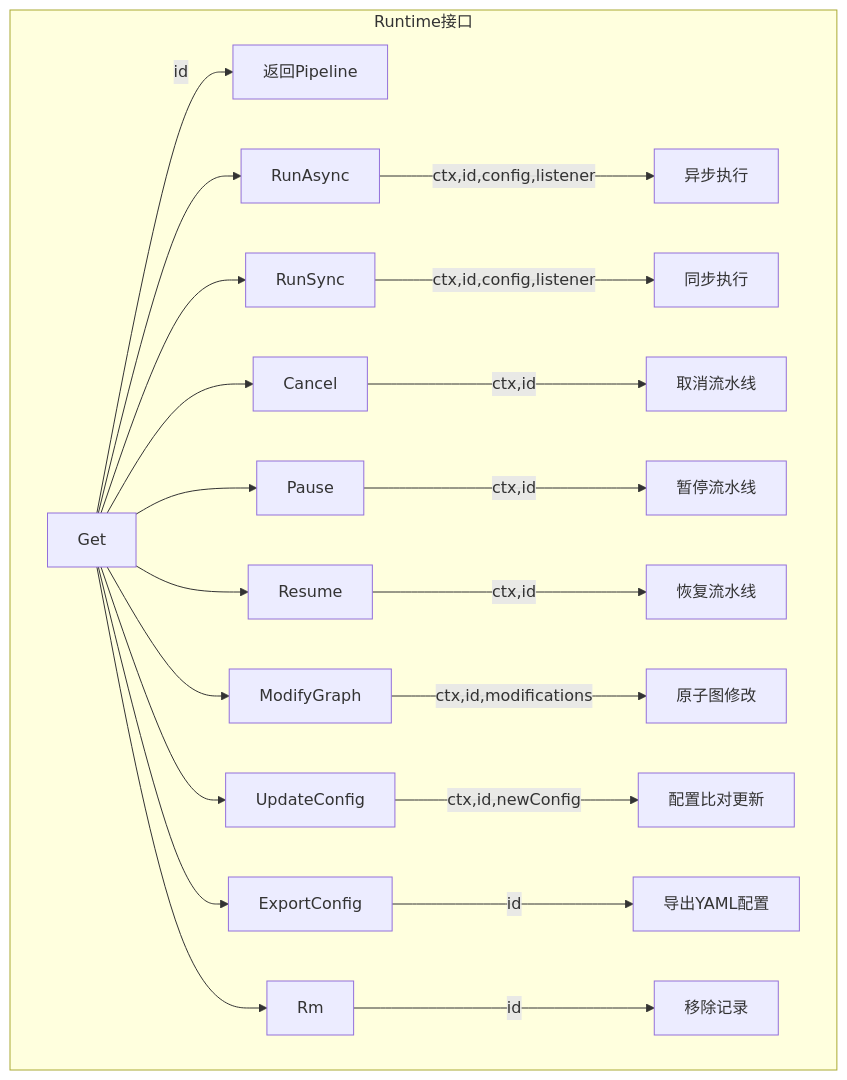
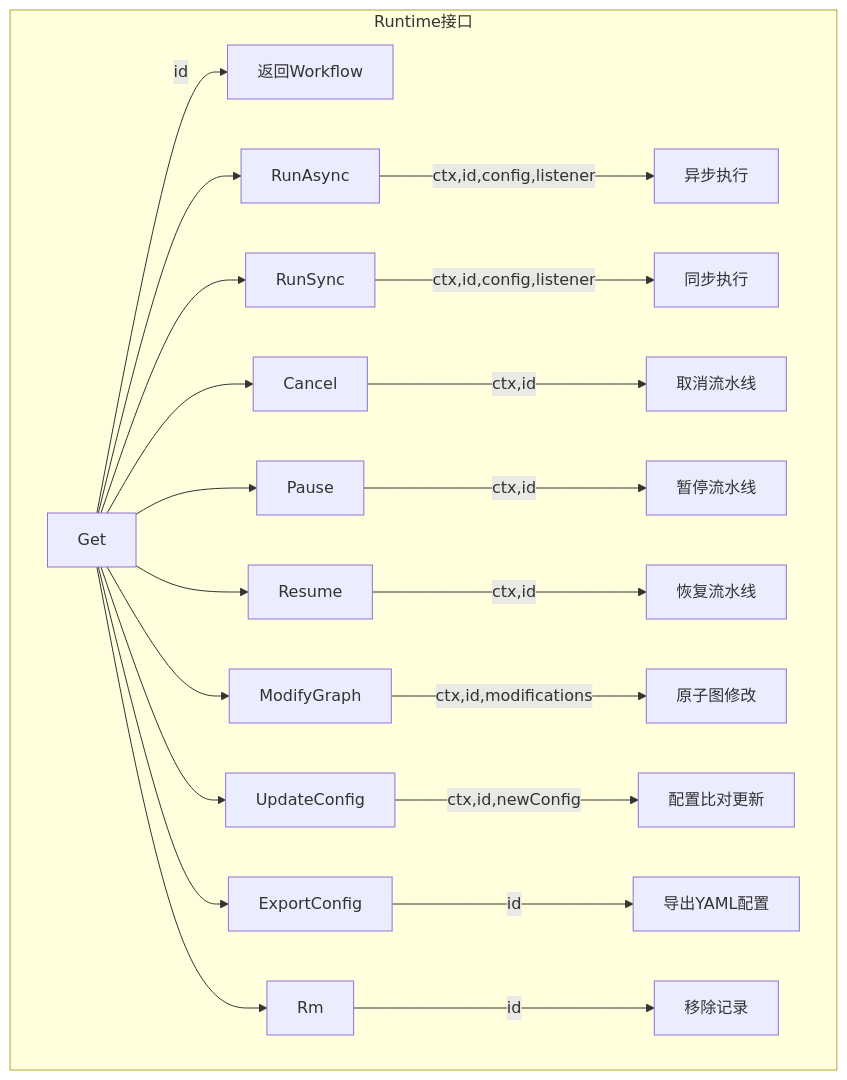
One commit to LerkoX/flowx changed the first of 12 diagrams in FLOWS.md. Above: the diagram before and after it, drawn with Mermaid. The commit also changed other lines of this file and 99 other files, not shown here.

````diff
--- a/FLOWS.md
+++ b/FLOWS.md
@@ -5,15 +5,15 @@
 ```mermaid
 flowchart TD
     subgraph runtime_interface["Runtime接口"]
-    A[Get] --> |id| B[返回Pipeline]
+    A[Get] --> |id| B[返回Workflow]
     A --> C[RunAsync] --> |ctx,id,config,listener| D[异步执行]
     A --> E[RunSync] --> |ctx,id,config,listener| F[同步执行]
     A --> G[Cancel] --> |ctx,id| H[取消流水线]
     A --> I[Pause] --> |ctx,id| J[暂停流水线]
     A --> K[Resume] --> |ctx,id| L[恢复流水线]
     A --> M[ModifyGraph] --> |ctx,id,modifications| N[原子图修改]
     A --> O[UpdateConfig] --> |ctx,id,newConfig| P[配置比对更新]
     A --> Q[ExportConfig] --> |id| R[导出YAML配置]
     A --> S[Rm] --> |id| T[移除记录]
     end
 ```
````
